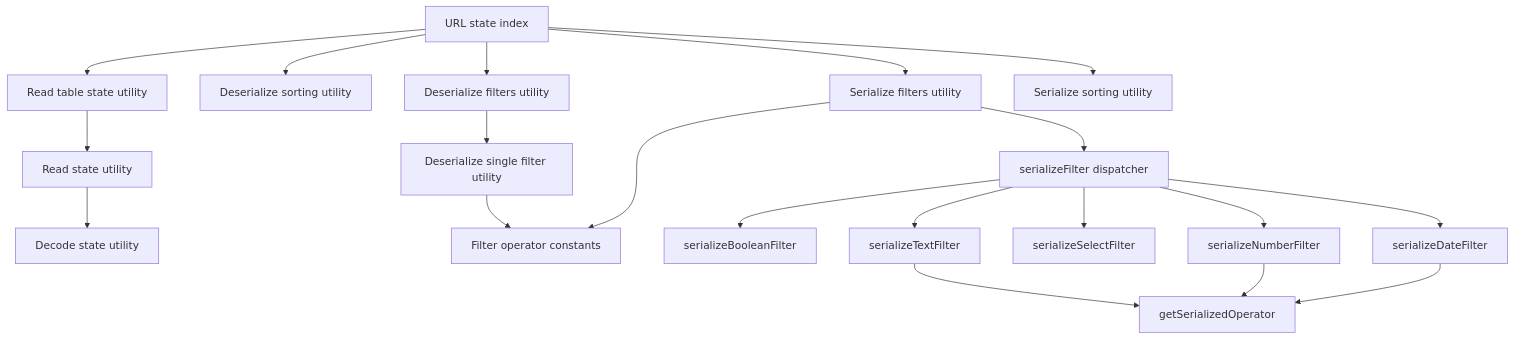
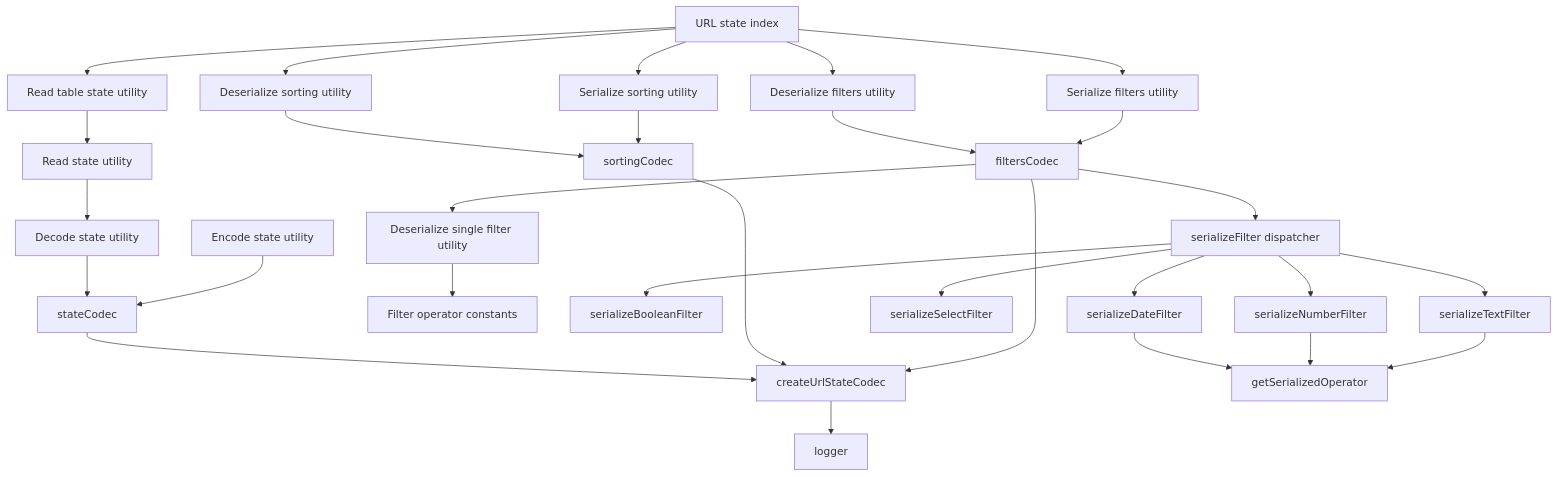
The first of 11 diagrams in packages/ui/src/utils/urlState/ARCHITECTURE.md (luciocabrera/lcabrera-stack), drawn with Mermaid before and after one commit. The commit also changed other lines of this file and 22 other files, not shown here.

First line of the commit message:
feat(ui): a closed-vocabulary URL state codec (#630)

````diff
--- a/packages/ui/src/utils/urlState/ARCHITECTURE.md
+++ b/packages/ui/src/utils/urlState/ARCHITECTURE.md
@@ -32,24 +111,35 @@
 ```mermaid
 graph TD
   Index[URL state index] --> DSF[Deserialize filters utility]
   Index --> DSS[Deserialize sorting utility]
   Index --> RTS[Read table state utility]
   Index --> SFU[Serialize filters utility]
   Index --> SSU[Serialize sorting utility]
 
   RTS --> RS[Read state utility]
   RS --> Decode[Decode state utility]
+  Decode --> StateCodec[stateCodec]
+  Encode[Encode state utility] --> StateCodec
 
-  DSF --> DF[Deserialize single filter utility]
-  SFU --> FilterConstants[Filter operator constants]
-  DF --> FilterConstants
-  SFU --> SF[serializeFilter dispatcher]
+  DSS --> SortingCodec[sortingCodec]
+  SSU --> SortingCodec
+  DSF --> FiltersCodec[filtersCodec]
+  SFU --> FiltersCodec
+
+  StateCodec --> Factory[createUrlStateCodec]
+  SortingCodec --> Factory
+  FiltersCodec --> Factory
+  Factory --> Logger[logger]
+
+  FiltersCodec --> DF[Deserialize single filter utility]
+  FiltersCodec --> SF[serializeFilter dispatcher]
+  DF --> FilterConstants[Filter operator constants]
   SF --> SBF[serializeBooleanFilter]
   SF --> SDF[serializeDateFilter]
   SF --> SSF[serializeSelectFilter]
   SF --> SNF[serializeNumberFilter]
   SF --> STF[serializeTextFilter]
   SDF --> GSO[getSerializedOperator]
   SNF --> GSO
   STF --> GSO
 ```
````
